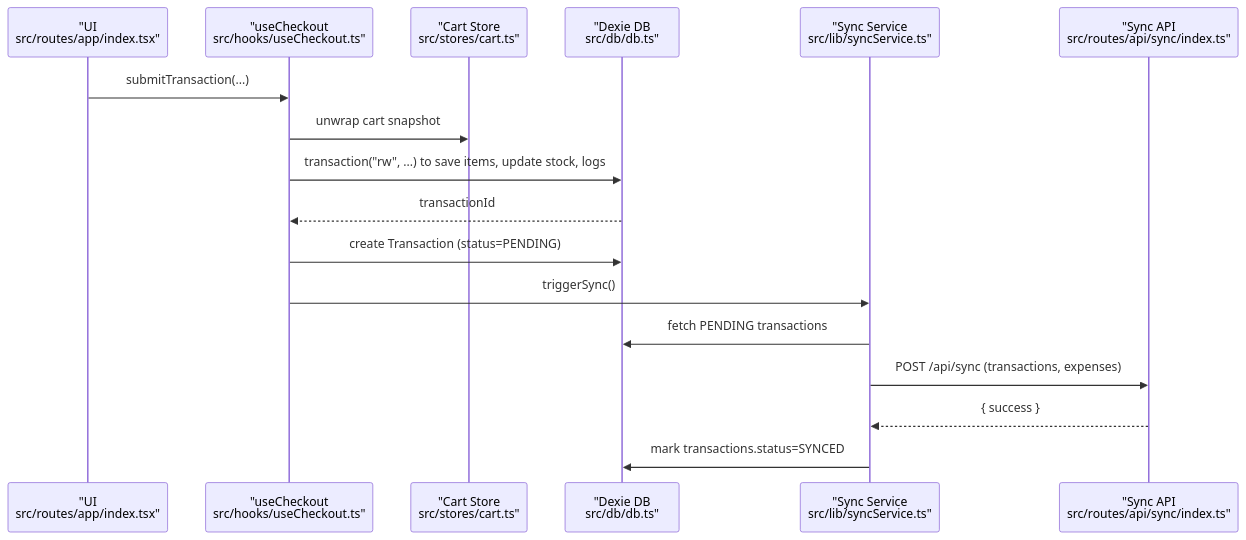
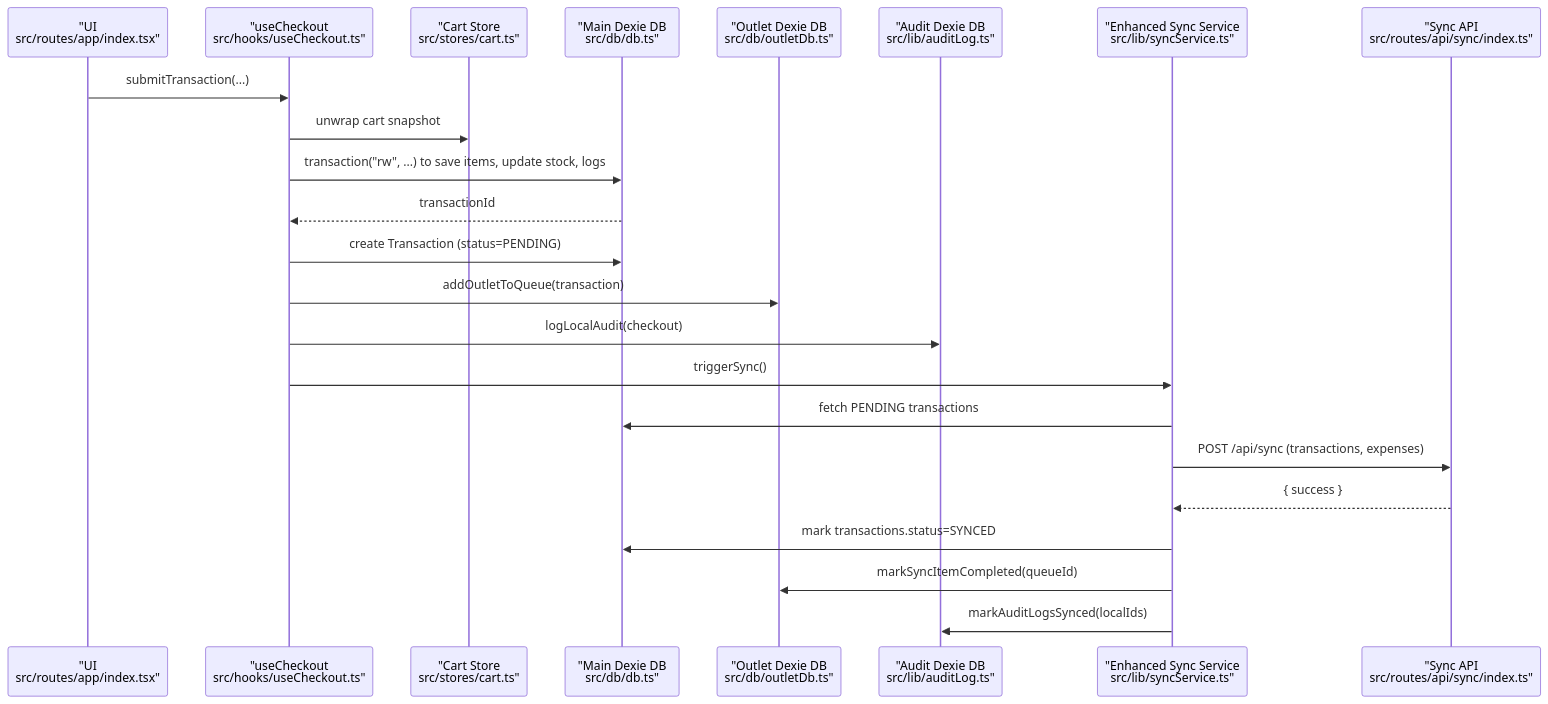
One commit to riod94/ngepos changed the tenth of 13 diagrams in .qoder/repowiki/en/content/Architecture Overview.md. Above: the diagram before and after it, drawn with Mermaid. The commit also changed other lines of this file and 18 other files, not shown here.

````diff
--- a/.qoder/repowiki/en/content/Architecture Overview.md
+++ b/.qoder/repowiki/en/content/Architecture Overview.md
@@ -228,19 +546,25 @@
 ```mermaid
 sequenceDiagram
 participant UI as "UI<br/>src/routes/app/index.tsx"
 participant Hook as "useCheckout<br/>src/hooks/useCheckout.ts"
 participant Cart as "Cart Store<br/>src/stores/cart.ts"
-participant DB as "Dexie DB<br/>src/db/db.ts"
-participant Sync as "Sync Service<br/>src/lib/syncService.ts"
+participant MainDB as "Main Dexie DB<br/>src/db/db.ts"
+participant OutletDB as "Outlet Dexie DB<br/>src/db/outletDb.ts"
+participant AuditDB as "Audit Dexie DB<br/>src/lib/auditLog.ts"
+participant Sync as "Enhanced Sync Service<br/>src/lib/syncService.ts"
 participant API as "Sync API<br/>src/routes/api/sync/index.ts"
 UI->>Hook : submitTransaction(...)
 Hook->>Cart : unwrap cart snapshot
-Hook->>DB : transaction("rw", ...) to save items, update stock, logs
-DB-->>Hook : transactionId
-Hook->>DB : create Transaction (status=PENDING)
+Hook->>MainDB : transaction("rw", ...) to save items, update stock, logs
+MainDB-->>Hook : transactionId
+Hook->>MainDB : create Transaction (status=PENDING)
+Hook->>OutletDB : addOutletToQueue(transaction)
+Hook->>AuditDB : logLocalAudit(checkout)
 Hook->>Sync : triggerSync()
-Sync->>DB : fetch PENDING transactions
+Sync->>MainDB : fetch PENDING transactions
 Sync->>API : POST /api/sync (transactions, expenses)
 API-->>Sync : { success }
-Sync->>DB : mark transactions.status=SYNCED
+Sync->>MainDB : mark transactions.status=SYNCED
+Sync->>OutletDB : markSyncItemCompleted(queueId)
+Sync->>AuditDB : markAuditLogsSynced(localIds)
 ```
````
